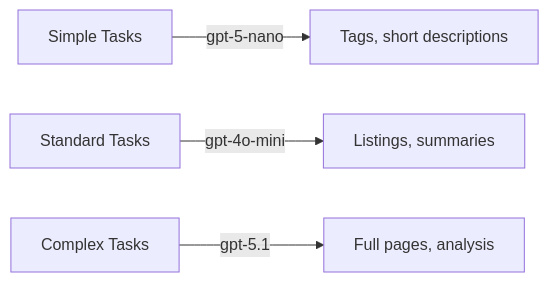
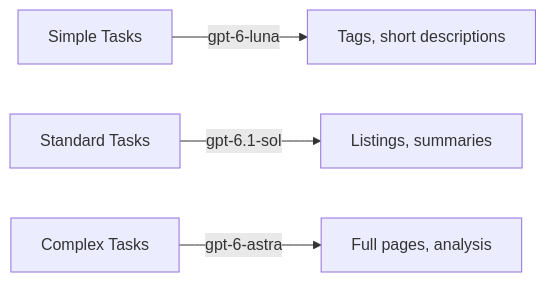
One commit to ever-works/ever-works changed the second of 3 diagrams in docs/plugin-system/openai-plugin.md. Above: the diagram before and after it, drawn with Mermaid. The commit also changed other lines of this file and 23 other files, not shown here.

````diff
--- a/docs/plugin-system/openai-plugin.md
+++ b/docs/plugin-system/openai-plugin.md
@@ -59,6 +65,6 @@
 ```mermaid
 graph LR
-    A[Simple Tasks] -->|gpt-5-nano| B[Tags, short descriptions]
-    C[Standard Tasks] -->|gpt-4o-mini| D[Listings, summaries]
-    E[Complex Tasks] -->|gpt-5.1| F[Full pages, analysis]
+    A[Simple Tasks] -->|gpt-6-luna| B[Tags, short descriptions]
+    C[Standard Tasks] -->|gpt-6.1-sol| D[Listings, summaries]
+    E[Complex Tasks] -->|gpt-6-astra| F[Full pages, analysis]
 ```
````
